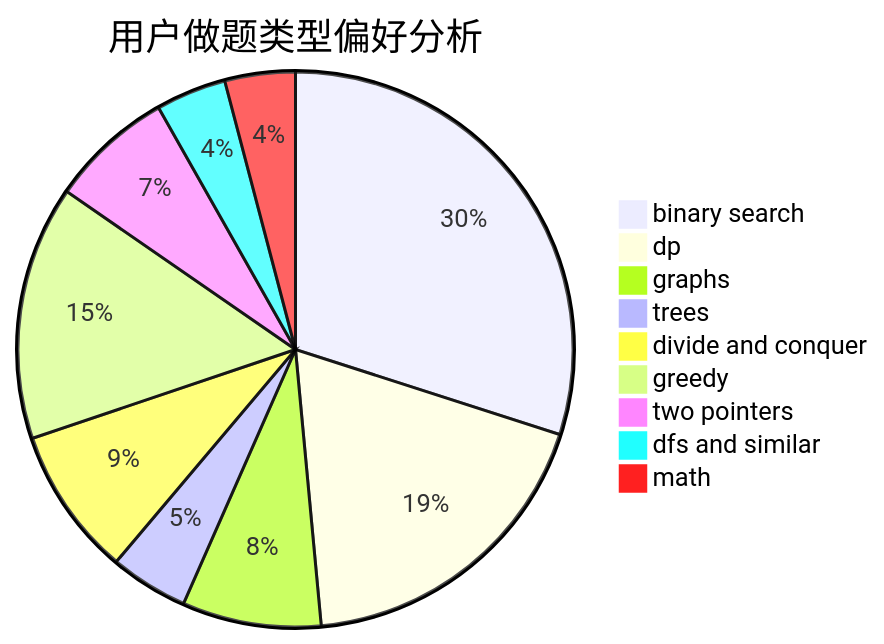
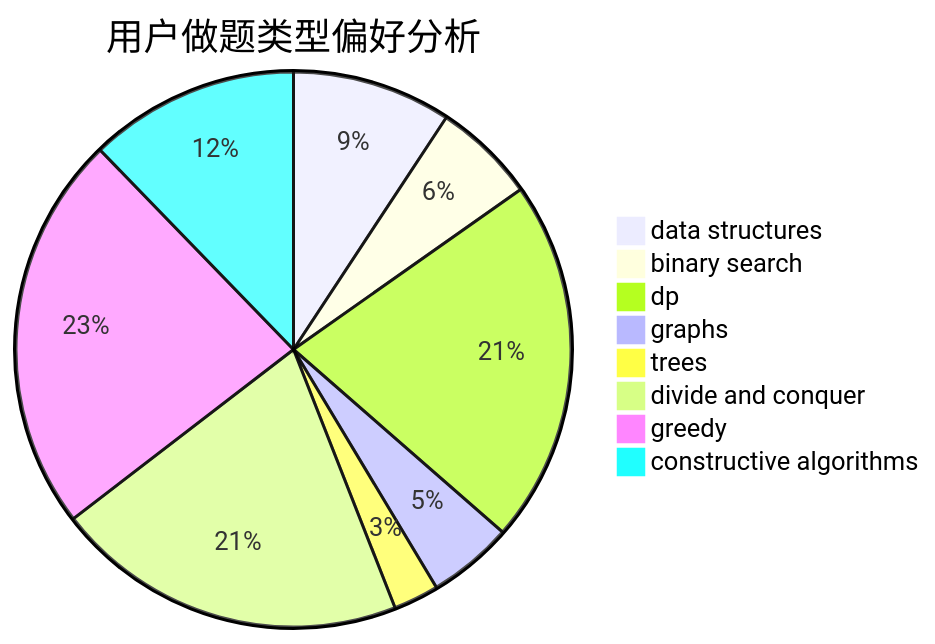
The second of 3 diagrams in docs/user/u2159.md (sherpahu/cfrs.github.io), drawn with Mermaid before and after one commit. The commit also changed other lines of this file and 2775 other files, not shown here.

````diff
--- a/docs/user/u2159.md
+++ b/docs/user/u2159.md
@@ -23,12 +23,11 @@
 ```mermaid
 pie title 用户做题类型偏好分析
-    "binary search" :  263
-    "dp" :  163
-    "graphs" :  71
-    "trees" :  40
-    "divide and conquer" :  76
-    "greedy" :  130
-    "two pointers" :  63
-    "dfs and similar" :  36
-    "math" :  36
+    "data structures" :  28
+    "binary search" :  18
+    "dp" :  64
+    "graphs" :  15
+    "trees" :  8
+    "divide and conquer" :  62
+    "greedy" :  70
+    "constructive algorithms" :  37
 ```
````
